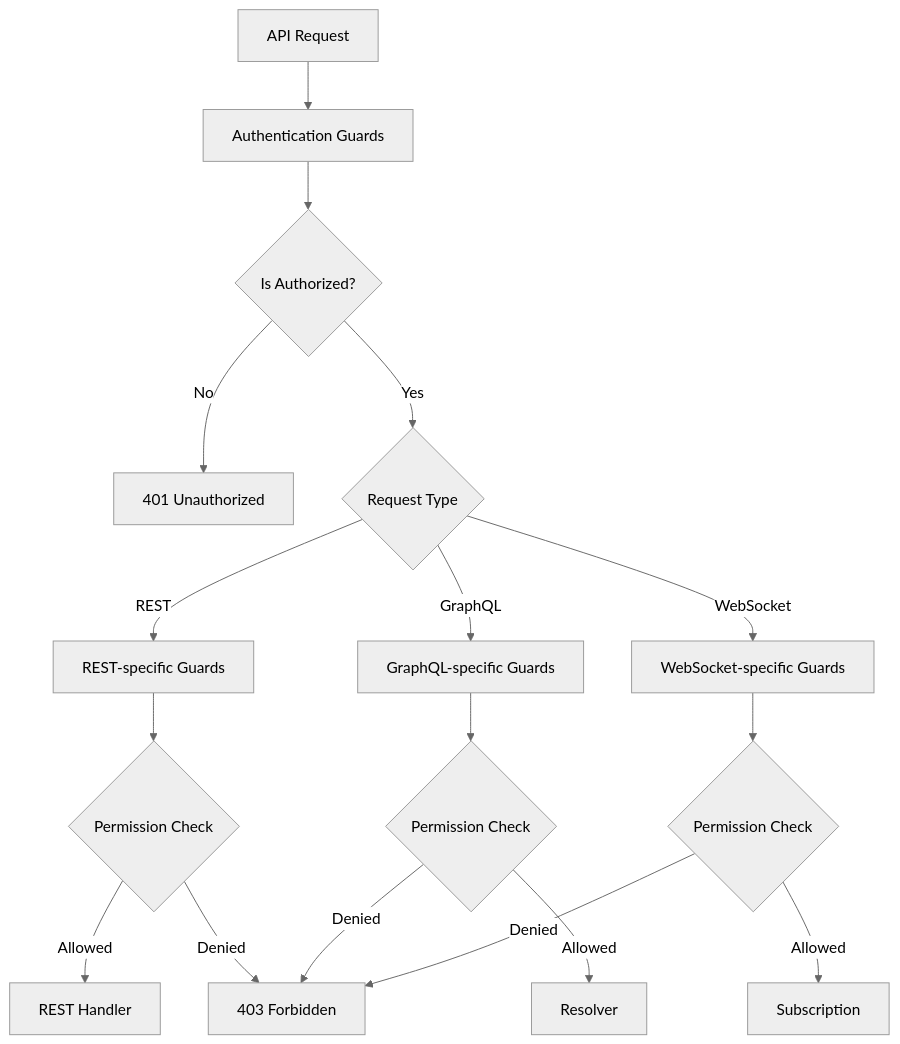
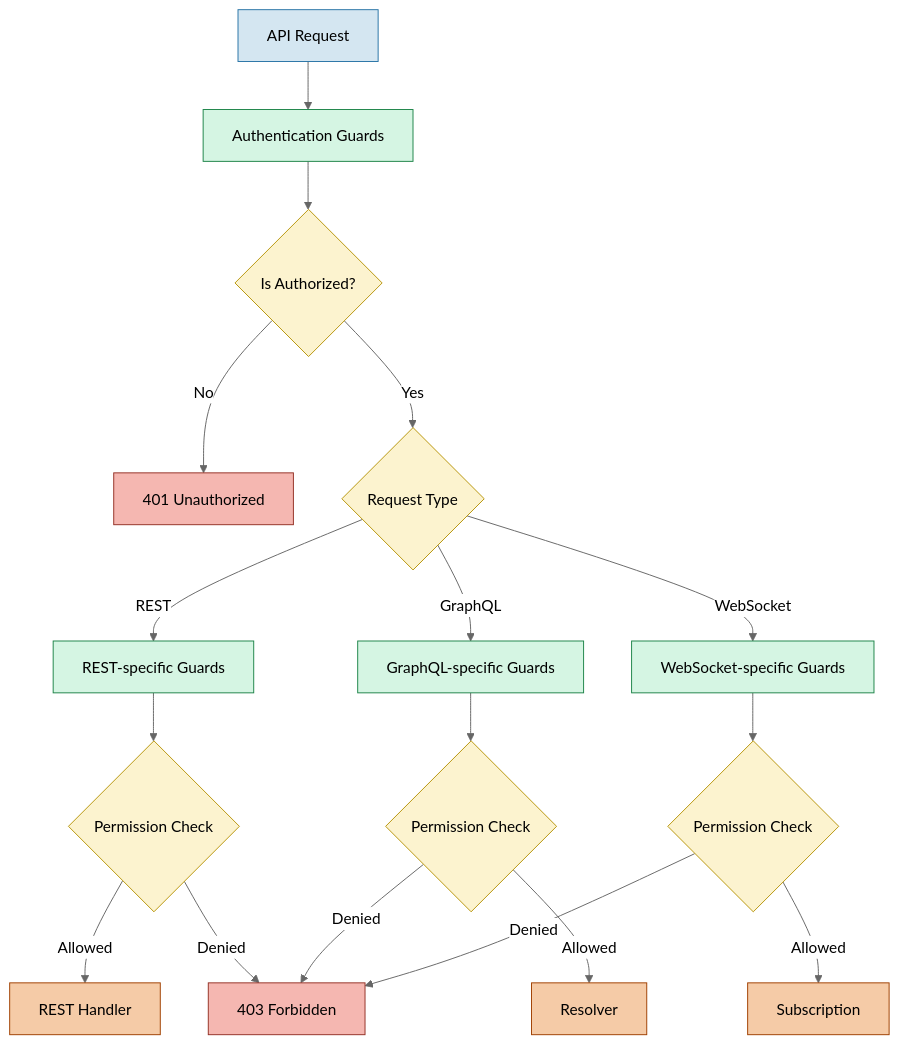
One commit to aniketdebnath/apollo-chat changed the third of 3 diagrams in docs/infra/security.md. Above: the diagram before and after it, drawn with Mermaid (neutral theme). The commit also changed 10 other files, not shown here.

Commit message:
inconsistency in diagrams fixed, updated with high contrast fill color suitable for github dark mode

````diff
--- a/docs/infra/security.md
+++ b/docs/infra/security.md
@@ -211,24 +211,36 @@
 ```mermaid
 flowchart TD
     Request[API Request] --> Guards[Authentication Guards]
     Guards --> Authorized{Is Authorized?}
 
     Authorized -->|No| Reject[401 Unauthorized]
     Authorized -->|Yes| TypeCheck{Request Type}
 
     TypeCheck -->|REST| RESTGuards[REST-specific Guards]
     TypeCheck -->|GraphQL| GQLGuards[GraphQL-specific Guards]
     TypeCheck -->|WebSocket| WSGuards[WebSocket-specific Guards]
 
     RESTGuards --> RESTCheck{Permission Check}
     GQLGuards --> GQLCheck{Permission Check}
     WSGuards --> WSCheck{Permission Check}
 
     RESTCheck -->|Allowed| RESTHandler[REST Handler]
     GQLCheck -->|Allowed| GQLHandler[Resolver]
     WSCheck -->|Allowed| WSHandler[Subscription]
 
     RESTCheck -->|Denied| Forbidden[403 Forbidden]
     GQLCheck -->|Denied| Forbidden
     WSCheck -->|Denied| Forbidden
+
+    classDef request fill:#D4E6F1,stroke:#2874A6,stroke-width:1px,color:#000;
+    classDef guards fill:#D5F5E3,stroke:#1E8449,stroke-width:1px,color:#000;
+    classDef decision fill:#FCF3CF,stroke:#B7950B,stroke-width:1px,color:#000;
+    classDef handler fill:#F5CBA7,stroke:#A04000,stroke-width:1px,color:#000;
+    classDef error fill:#F5B7B1,stroke:#943126,stroke-width:1px,color:#000;
+
+    class Request request;
+    class Guards,RESTGuards,GQLGuards,WSGuards guards;
+    class Authorized,TypeCheck,RESTCheck,GQLCheck,WSCheck decision;
+    class RESTHandler,GQLHandler,WSHandler handler;
+    class Reject,Forbidden error;
 ```
````
